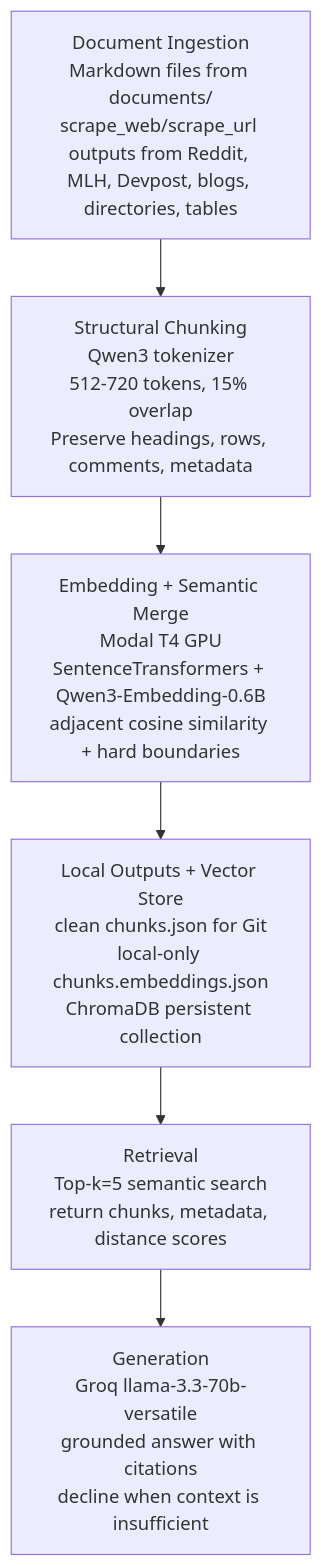
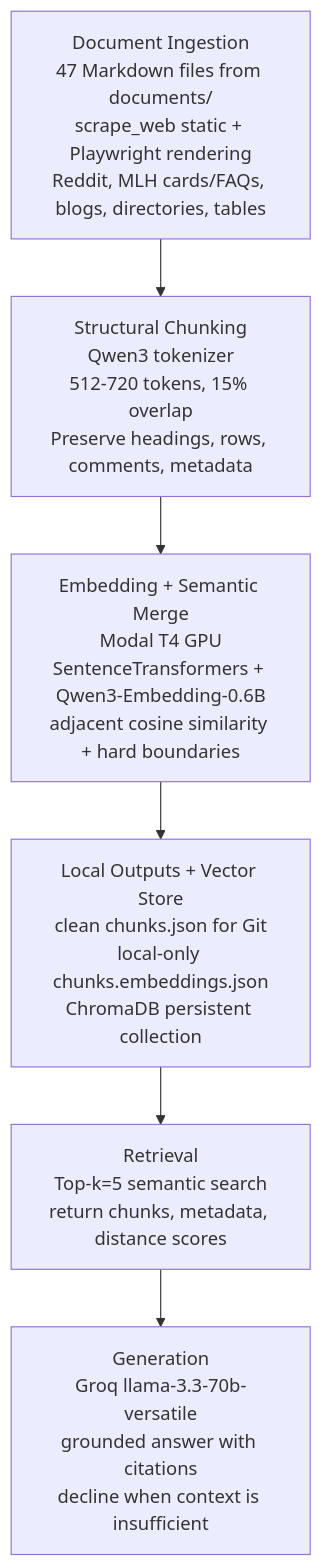
The diagram in planning.md (princymaheshwari/hackathons-guide-rag), drawn with Mermaid before and after one commit. The commit also changed other lines of this file and 19 other files, not shown here.

````diff
--- a/planning.md
+++ b/planning.md
@@ -164,8 +174,8 @@
 ```mermaid
 flowchart TD
-    A["Document Ingestion<br/>Markdown files from documents/<br/>scrape_web/scrape_url outputs from Reddit, MLH, Devpost, blogs, directories, tables"] --> B["Structural Chunking<br/>Qwen3 tokenizer<br/>512-720 tokens, 15% overlap<br/>Preserve headings, rows, comments, metadata"]
+    A["Document Ingestion<br/>47 Markdown files from documents/<br/>scrape_web static + Playwright rendering<br/>Reddit, MLH cards/FAQs, blogs, directories, tables"] --> B["Structural Chunking<br/>Qwen3 tokenizer<br/>512-720 tokens, 15% overlap<br/>Preserve headings, rows, comments, metadata"]
     B --> C["Embedding + Semantic Merge<br/>Modal T4 GPU<br/>SentenceTransformers + Qwen3-Embedding-0.6B<br/>adjacent cosine similarity + hard boundaries"]
     C --> D["Local Outputs + Vector Store<br/>clean chunks.json for Git<br/>local-only chunks.embeddings.json<br/>ChromaDB persistent collection"]
     D --> E["Retrieval<br/>Top-k=5 semantic search<br/>return chunks, metadata, distance scores"]
     E --> F["Generation<br/>Groq llama-3.3-70b-versatile<br/>grounded answer with citations<br/>decline when context is insufficient"]
 ```
````
